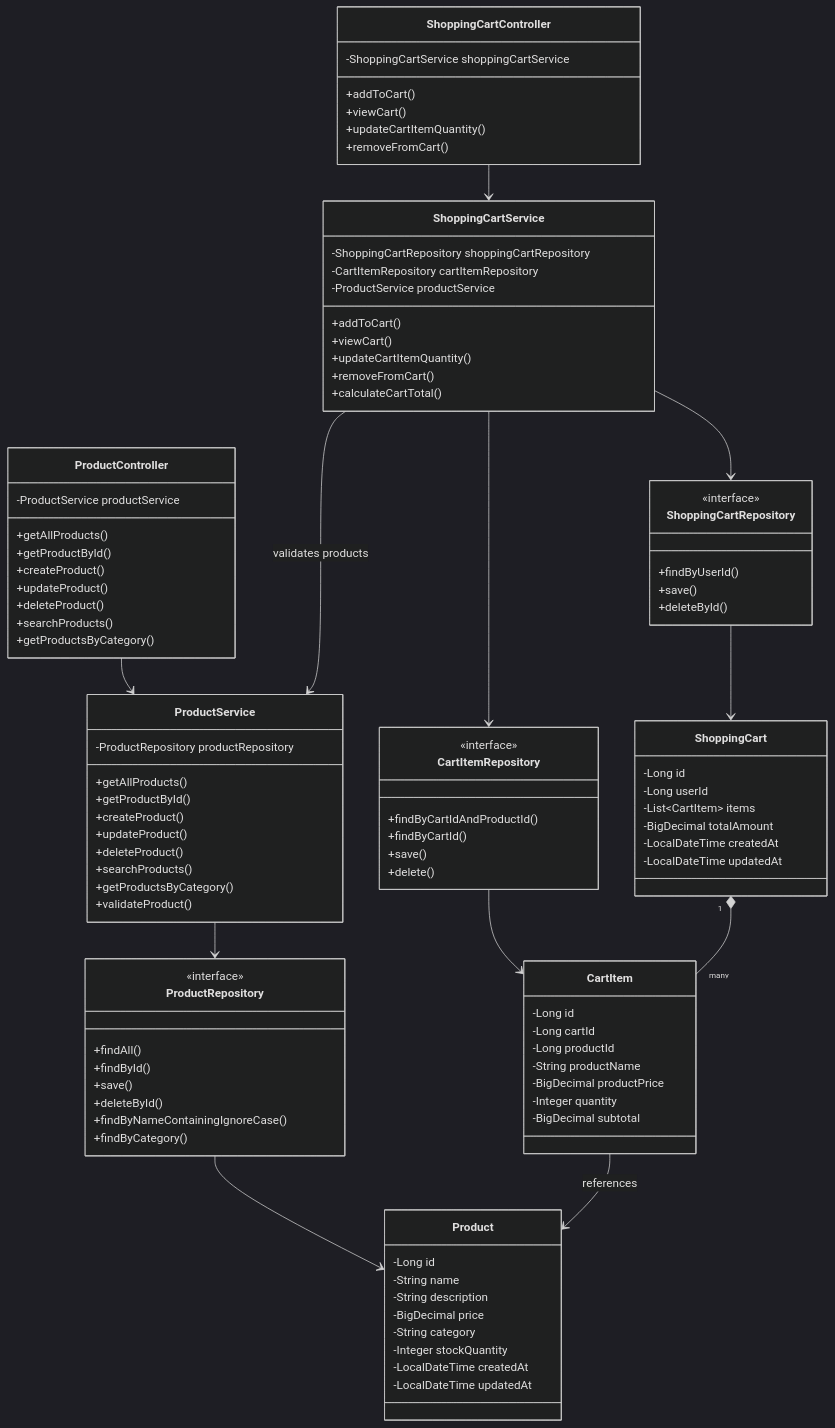
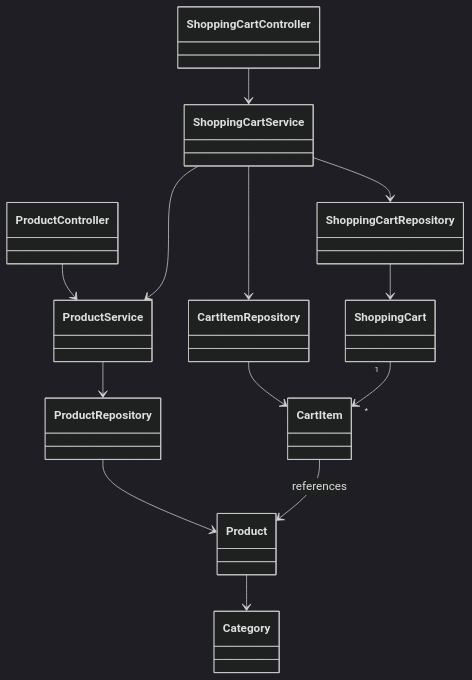
One commit to NavneetBN47/aava-ecom-demo changed the seventh of 23 diagrams in docs/LLD/modified_lld.md. Above: the diagram before and after it, drawn with Mermaid (dark theme). The commit also changed other lines of this file, not shown here.

````diff
--- a/docs/LLD/modified_lld.md
+++ b/docs/LLD/modified_lld.md
@@ -412,115 +486,29 @@
 ```mermaid
 classDiagram
-    %% Product Management Module
-    class ProductController {
-        -ProductService productService
-        +getAllProducts()
-        +getProductById()
-        +createProduct()
-        +updateProduct()
-        +deleteProduct()
-        +searchProducts()
-        +getProductsByCategory()
-    }
+    class ProductController
+    class ProductService
+    class ProductRepository
+    class Product
+    class Category
     
-    class ProductService {
-        -ProductRepository productRepository
-        +getAllProducts()
-        +getProductById()
-        +createProduct()
-        +updateProduct()
-        +deleteProduct()
-        +searchProducts()
-        +getProductsByCategory()
-        +validateProduct()
-    }
+    class ShoppingCartController
+    class ShoppingCartService
+    class ShoppingCartRepository
+    class CartItemRepository
+    class ShoppingCart
+    class CartItem
     
-    class ProductRepository {
-        <<interface>>
-        +findAll()
-        +findById()
-        +save()
-        +deleteById()
-        +findByNameContainingIgnoreCase()
-        +findByCategory()
-    }
-    
-    class Product {
-        -Long id
-        -String name
-        -String description
-        -BigDecimal price
-        -String category
-        -Integer stockQuantity
-        -LocalDateTime createdAt
-        -LocalDateTime updatedAt
-    }
-    
-    %% Shopping Cart Management Module
-    class ShoppingCartController {
-        -ShoppingCartService shoppingCartService
-        +addToCart()
-        +viewCart()
-        +updateCartItemQuantity()
-        +removeFromCart()
-    }
-    
-    class ShoppingCartService {
-        -ShoppingCartRepository shoppingCartRepository
-        -CartItemRepository cartItemRepository
-        -ProductService productService
-        +addToCart()
-        +viewCart()
-        +updateCartItemQuantity()
-        +removeFromCart()
-        +calculateCartTotal()
-    }
-    
-    class ShoppingCartRepository {
-        <<interface>>
-        +findByUserId()
-        +save()
-        +deleteById()
-    }
-    
-    class CartItemRepository {
-        <<interface>>
-        +findByCartIdAndProductId()
-        +findByCartId()
-        +save()
-        +delete()
-    }
-    
-    class ShoppingCart {
-        -Long id
-        -Long userId
-        -List~CartItem~ items
-        -BigDecimal totalAmount
-        -LocalDateTime createdAt
-        -LocalDateTime updatedAt
-    }
-    
-    class CartItem {
-        -Long id
-        -Long cartId
-        -Long productId
-        -String productName
-        -BigDecimal productPrice
-        -Integer quantity
-        -BigDecimal subtotal
-    }
-    
-    %% Relationships
     ProductController --> ProductService
     ProductService --> ProductRepository
     ProductRepository --> Product
+    Product --> Category
     
     ShoppingCartController --> ShoppingCartService
     ShoppingCartService --> ShoppingCartRepository
     ShoppingCartService --> CartItemRepository
-    ShoppingCartService --> ProductService : validates products
+    ShoppingCartService --> ProductService
     ShoppingCartRepository --> ShoppingCart
     CartItemRepository --> CartItem
-    ShoppingCart "1" *-- "many" CartItem
+    ShoppingCart "1" --> "*" CartItem
     CartItem --> Product : references
 ```
````
